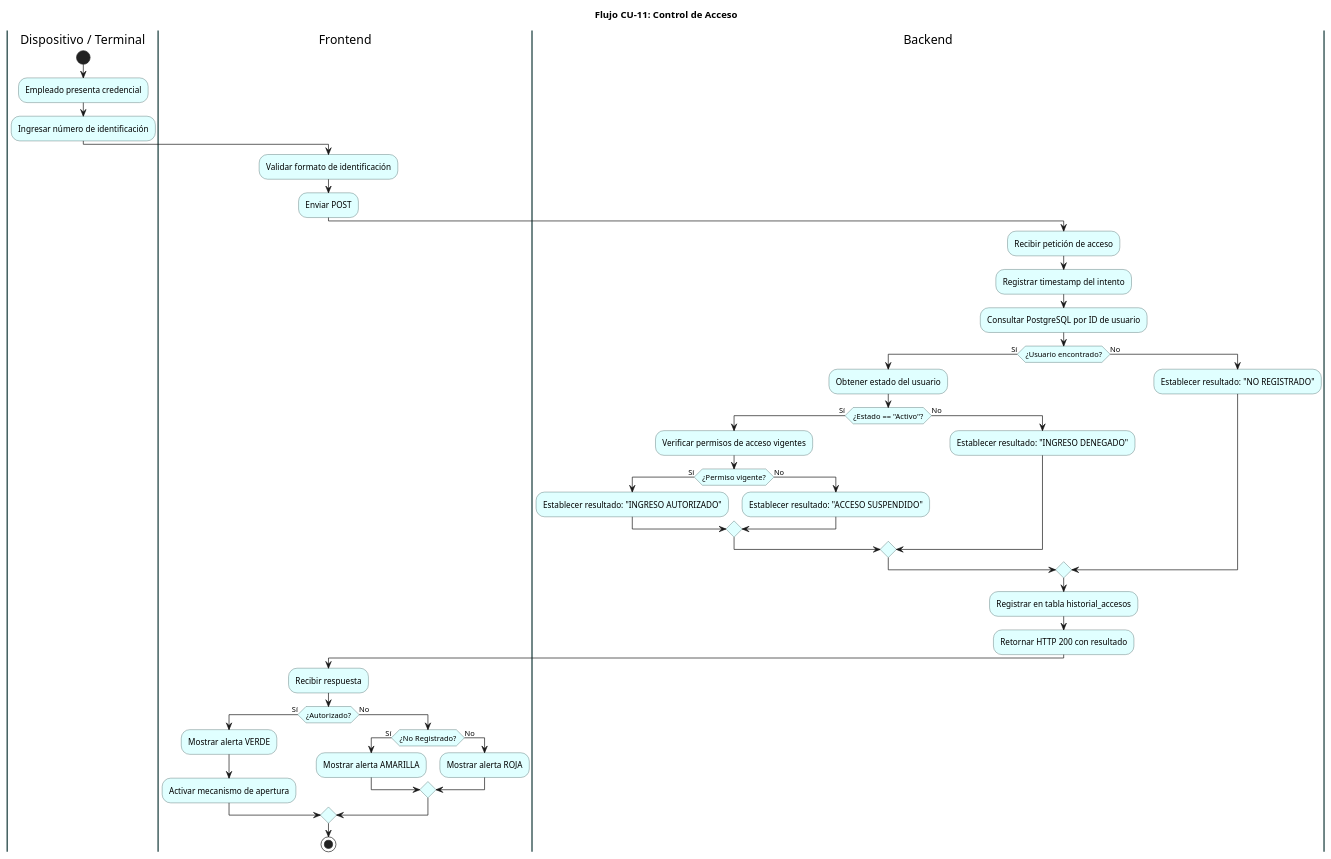
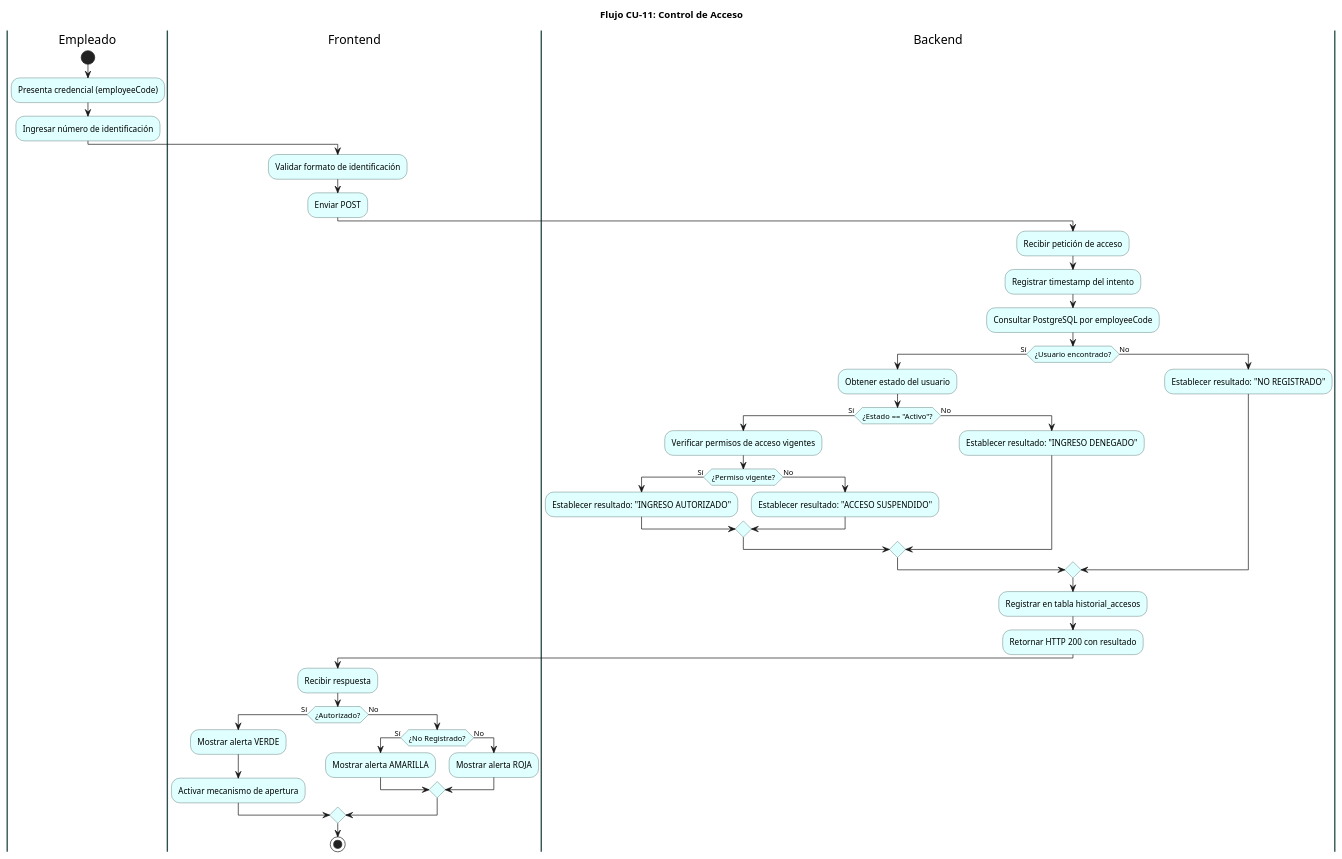
Before and after one commit to ElianMMCode/Zone-Control: the diagram in docs/diagramas/flujo/16_flujo_control_acceso.puml, drawn with PlantUML. The commit also changed 7 other files, not shown here.

```diff
--- a/docs/diagramas/flujo/16_flujo_control_acceso.puml
+++ b/docs/diagramas/flujo/16_flujo_control_acceso.puml
@@ -1,79 +1,79 @@
 @startuml
 title Flujo CU-11: Control de Acceso
 skinparam activity {
   BackgroundColor LightCyan
   BorderColor DarkSlateGray
 }
 skinparam swimlane {
   BorderColor DarkSlateGray
   BorderThickness 2
 }
 
-|Dispositivo / Terminal|
+|Empleado|
 start
-:Empleado presenta credencial;
+:Presenta credencial (employeeCode);
 
 :Ingresar número de identificación;
 
 |Frontend|
 :Validar formato de identificación;
 
 :Enviar POST;
 
 |Backend|
 :Recibir petición de acceso;
 
 :Registrar timestamp del intento;
 
-:Consultar PostgreSQL por ID de usuario;
+:Consultar PostgreSQL por employeeCode;
 
 if (¿Usuario encontrado?) then (Sí)
   :Obtener estado del usuario;
 
   if (¿Estado == "Activo"?) then (Sí)
     :Verificar permisos de acceso vigentes;
 
     if (¿Permiso vigente?) then (Sí)
       :Establecer resultado: "INGRESO AUTORIZADO";
 
     else (No)
       :Establecer resultado: "ACCESO SUSPENDIDO";
 
     endif
 
   else (No)
     :Establecer resultado: "INGRESO DENEGADO";
 
   endif
 
 else (No)
   :Establecer resultado: "NO REGISTRADO";
 
 endif
 
 :Registrar en tabla historial_accesos;
 
 :Retornar HTTP 200 con resultado;
 
 |Frontend|
 :Recibir respuesta;
 
 if (¿Autorizado?) then (Sí)
   :Mostrar alerta VERDE;
 
   :Activar mecanismo de apertura;
 
 else (No)
   if (¿No Registrado?) then (Sí)
     :Mostrar alerta AMARILLA;
 
   else (No)
     :Mostrar alerta ROJA;
 
   endif
 
 endif
 
 stop
 
 @enduml
```
